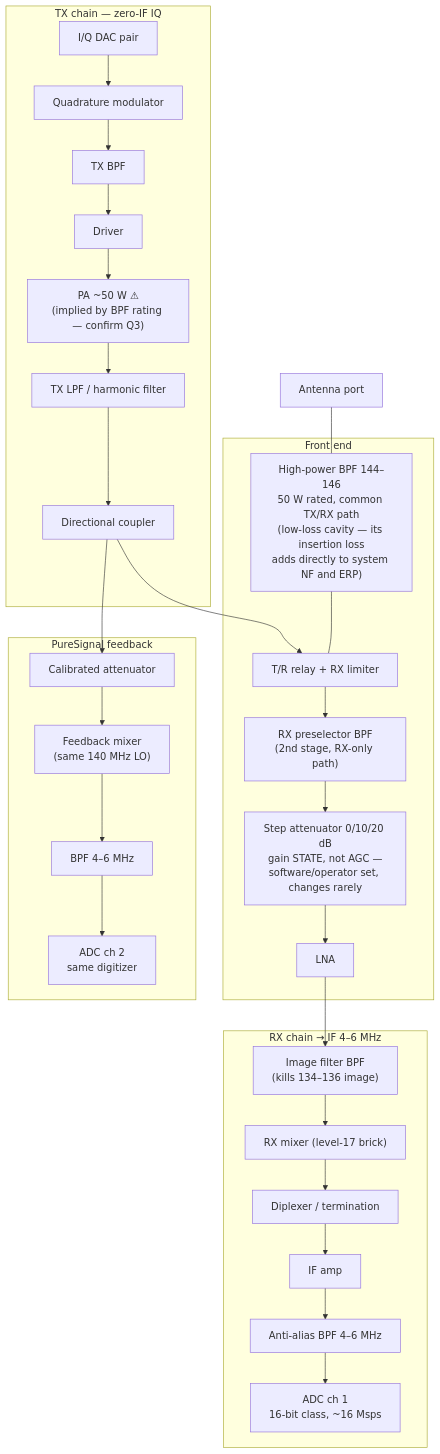
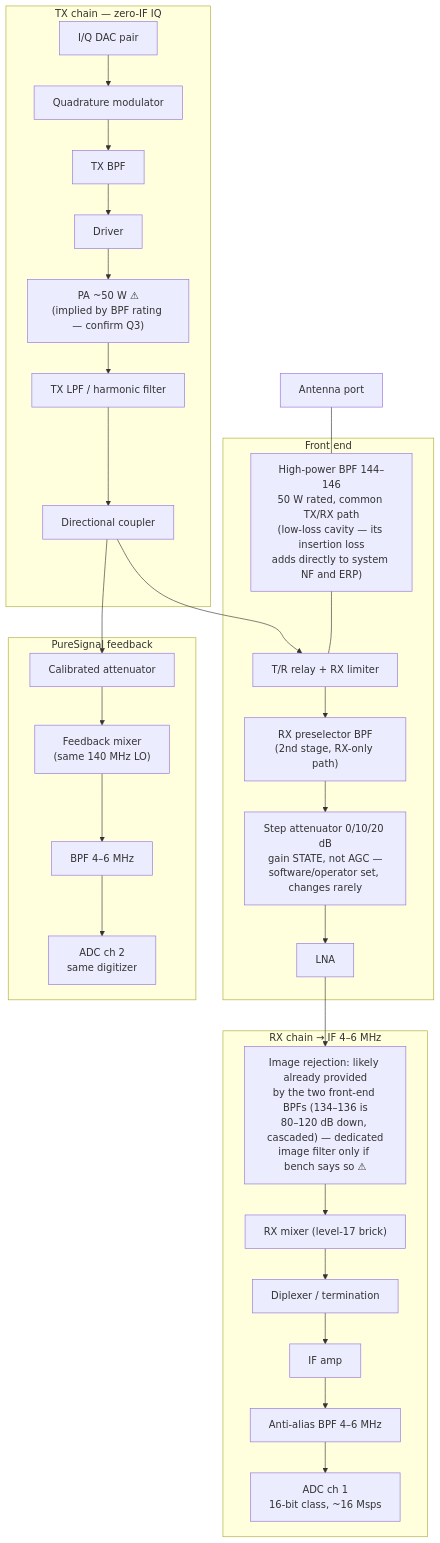
The first of 3 diagrams in docs/06-rf-head-block-diagram.md (nemanjan00/vhf-competitor), drawn with Mermaid before and after one commit. The commit also changed other lines of this file, not shown here.

Commit message:
docs: image filter provisionally absorbed into front-end BPF cascade, confirm by measurement

````diff
--- a/docs/06-rf-head-block-diagram.md
+++ b/docs/06-rf-head-block-diagram.md
@@ -10,43 +10,43 @@
 ```mermaid
 flowchart TB
     ANT[Antenna port]
 
     subgraph FE[Front end]
         HPBPF["High-power BPF 144–146<br/>50 W rated, common TX/RX path<br/>(low-loss cavity — its insertion loss<br/>adds directly to system NF and ERP)"]
         TR[T/R relay + RX limiter]
         PRESEL["RX preselector BPF<br/>(2nd stage, RX-only path)"]
         ATT["Step attenuator 0/10/20 dB<br/>gain STATE, not AGC —<br/>software/operator set, changes rarely"]
         LNA[LNA]
     end
 
     subgraph RX[RX chain → IF 4–6 MHz]
-        IMG["Image filter BPF<br/>(kills 134–136 image)"]
+        IMG["Image rejection: likely already provided<br/>by the two front-end BPFs (134–136 is<br/>80–120 dB down, cascaded) — dedicated<br/>image filter only if bench says so ⚠"]
         RXMIX["RX mixer (level-17 brick)"]
         DIPLEX[Diplexer / termination]
         IFAMP[IF amp]
         AAF[Anti-alias BPF 4–6 MHz]
         ADC1[ADC ch 1<br/>16-bit class, ~16 Msps]
     end
 
     subgraph TXC[TX chain — zero-IF IQ]
         DACS[I/Q DAC pair]
         IQMOD[Quadrature modulator]
         TXBPF[TX BPF]
         DRV[Driver]
         PA["PA ~50 W ⚠<br/>(implied by BPF rating — confirm Q3)"]
         LPF[TX LPF / harmonic filter]
         COUP[Directional coupler]
     end
 
     subgraph FB[PureSignal feedback]
         FBATT[Calibrated attenuator]
         FBMIX["Feedback mixer<br/>(same 140 MHz LO)"]
         FBAAF[BPF 4–6 MHz]
         ADC2[ADC ch 2<br/>same digitizer]
     end
 
     ANT --- HPBPF --- TR
     TR --> PRESEL --> ATT --> LNA --> IMG --> RXMIX --> DIPLEX --> IFAMP --> AAF --> ADC1
     DACS --> IQMOD --> TXBPF --> DRV --> PA --> LPF --> COUP --> TR
     COUP --> FBATT --> FBMIX --> FBAAF --> ADC2
 ```
````
